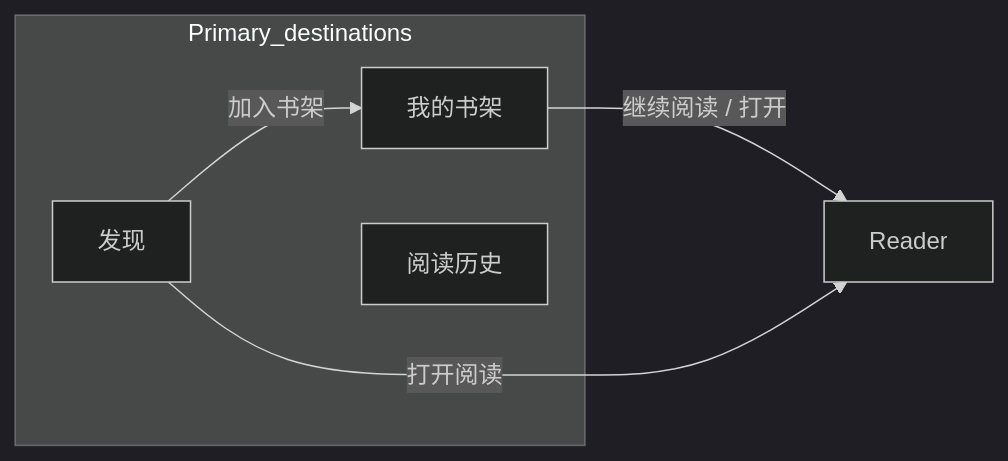
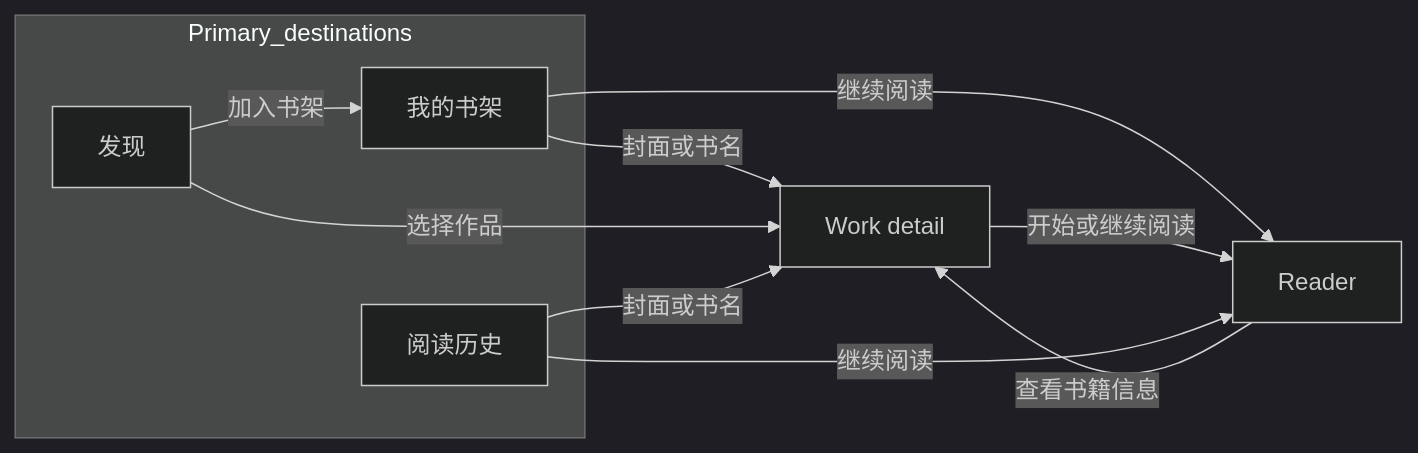
One commit to zguiyang/gloaming-reader changed the diagram in docs/product/mvp-1-modules.md. Above: the diagram before and after it, drawn with Mermaid (dark theme). The commit also changed other lines of this file and 6 other files, not shown here.

````diff
--- a/docs/product/mvp-1-modules.md
+++ b/docs/product/mvp-1-modules.md
@@ -64,11 +64,16 @@
 ```mermaid
 flowchart LR
   subgraph destinations [Primary_destinations]
     Shelf[我的书架]
     Discover[发现]
     History[阅读历史]
   end
   Discover -->|"加入书架"| Shelf
-  Shelf -->|"继续阅读 / 打开"| Reader[Reader]
-  Discover -->|"打开阅读"| Reader
+  Shelf -->|"封面或书名"| Detail[Work detail]
+  Shelf -->|"继续阅读"| Reader[Reader]
+  Discover -->|"选择作品"| Detail
+  Detail -->|"开始或继续阅读"| Reader
+  History[阅读历史] -->|"封面或书名"| Detail
+  History -->|"继续阅读"| Reader
+  Reader -->|"查看书籍信息"| Detail
 ```
````
